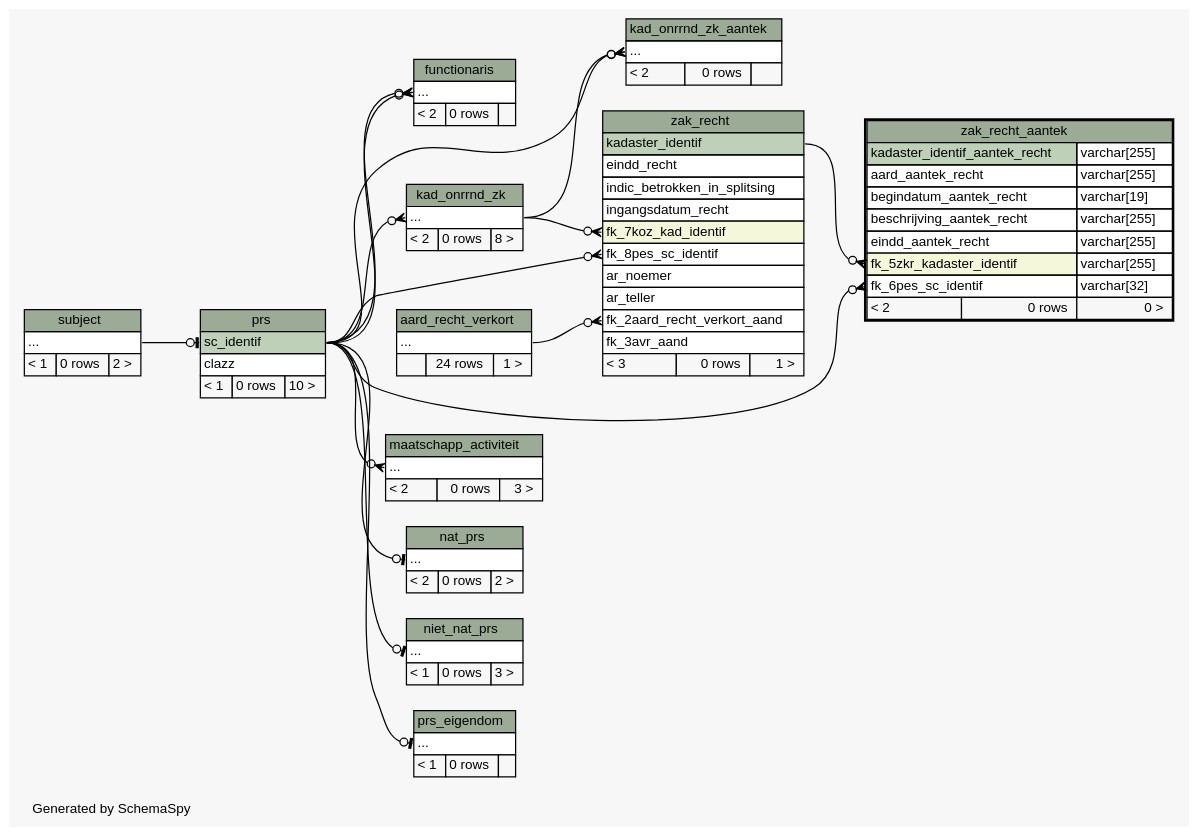
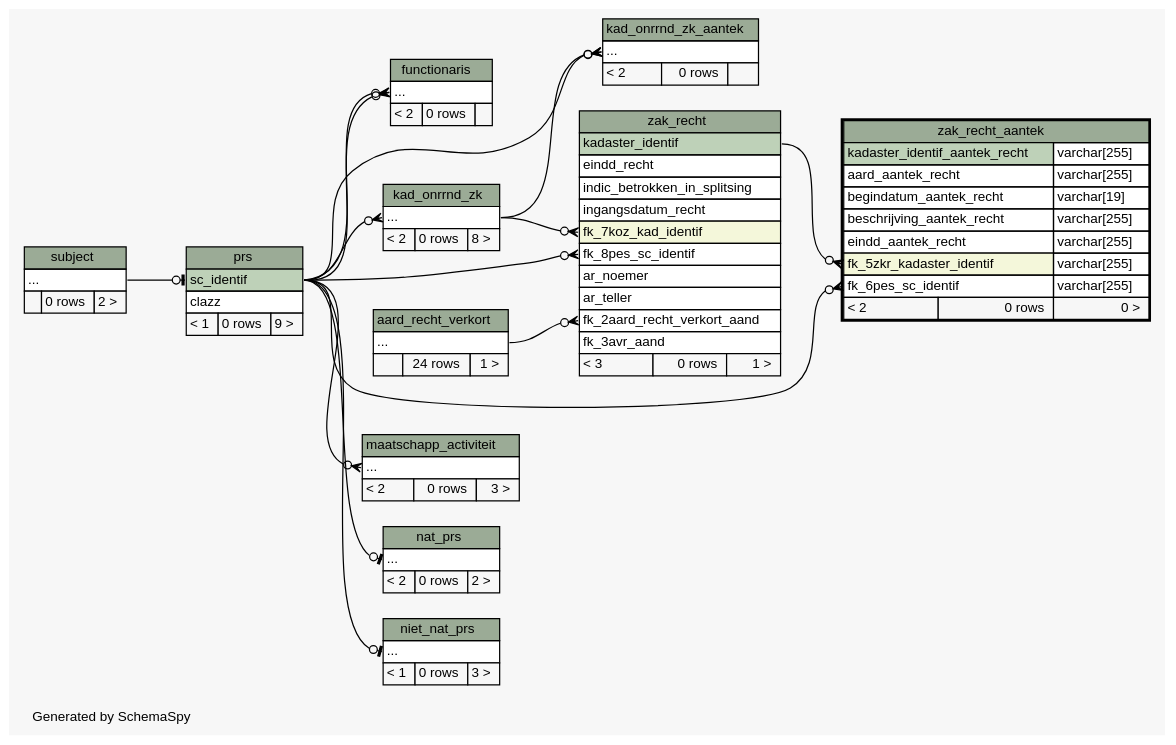
Before and after one commit to B3Partners/brmo: the diagram in datamodel/schemaspy/diagrams/zak_recht_aantek.2degrees.dot, drawn with Graphviz. The commit also changed 3409 other files, not shown here.

```diff
--- a/datamodel/schemaspy/diagrams/zak_recht_aantek.2degrees.dot
+++ b/datamodel/schemaspy/diagrams/zak_recht_aantek.2degrees.dot
@@ -1,173 +1,162 @@
 // dot 2.40.1 on Linux 4.15.0-36-generic
 // SchemaSpy rev Unknown
 digraph "twoDegreesRelationshipsDiagram" {
   graph [
     rankdir="RL"
     bgcolor="#f7f7f7"
     label="\nGenerated by SchemaSpy"
     labeljust="l"
     nodesep="0.18"
     ranksep="0.46"
     fontname="Helvetica"
     fontsize="11"
   ];
   node [
     fontname="Helvetica"
     fontsize="11"
     shape="plaintext"
   ];
   edge [
     arrowsize="0.8"
   ];
   "functionaris":"elipses":w -> "prs":"sc_identif":e [arrowhead=none dir=back arrowtail=crowodot];
   "functionaris":"elipses":w -> "prs":"sc_identif":e [arrowhead=none dir=back arrowtail=crowodot];
   "kad_onrrnd_zk":"elipses":w -> "prs":"sc_identif":e [arrowhead=none dir=back arrowtail=crowodot];
   "kad_onrrnd_zk_aantek":"elipses":w -> "kad_onrrnd_zk":"elipses":e [arrowhead=none dir=back arrowtail=crowodot];
   "kad_onrrnd_zk_aantek":"elipses":w -> "prs":"sc_identif":e [arrowhead=none dir=back arrowtail=crowodot];
   "maatschapp_activiteit":"elipses":w -> "prs":"sc_identif":e [arrowhead=none dir=back arrowtail=crowodot];
   "nat_prs":"elipses":w -> "prs":"sc_identif":e [arrowhead=none dir=back arrowtail=teeodot];
   "niet_nat_prs":"elipses":w -> "prs":"sc_identif":e [arrowhead=none dir=back arrowtail=teeodot];
   "prs":"sc_identif":w -> "subject":"elipses":e [arrowhead=none dir=back arrowtail=teeodot];
-  "prs_eigendom":"elipses":w -> "prs":"sc_identif":e [arrowhead=none dir=back arrowtail=teeodot];
   "zak_recht":"fk_2aard_recht_verkort_aand":w -> "aard_recht_verkort":"elipses":e [arrowhead=none dir=back arrowtail=crowodot];
   "zak_recht":"fk_7koz_kad_identif":w -> "kad_onrrnd_zk":"elipses":e [arrowhead=none dir=back arrowtail=crowodot];
   "zak_recht":"fk_8pes_sc_identif":w -> "prs":"sc_identif":e [arrowhead=none dir=back arrowtail=crowodot];
   "zak_recht_aantek":"fk_5zkr_kadaster_identif":w -> "zak_recht":"kadaster_identif":e [arrowhead=none dir=back arrowtail=crowodot];
   "zak_recht_aantek":"fk_6pes_sc_identif":w -> "prs":"sc_identif":e [arrowhead=none dir=back arrowtail=crowodot];
   "aard_recht_verkort" [
     label=<
     <TABLE BORDER="0" CELLBORDER="1" CELLSPACING="0" BGCOLOR="#ffffff">
       <TR><TD COLSPAN="3" BGCOLOR="#9bab96" ALIGN="CENTER">aard_recht_verkort</TD></TR>
       <TR><TD PORT="elipses" COLSPAN="3" ALIGN="LEFT">...</TD></TR>
       <TR><TD ALIGN="LEFT" BGCOLOR="#f7f7f7">  </TD><TD ALIGN="RIGHT" BGCOLOR="#f7f7f7">24 rows</TD><TD ALIGN="RIGHT" BGCOLOR="#f7f7f7">1 &gt;</TD></TR>
     </TABLE>>
     URL="aard_recht_verkort.html"
     tooltip="aard_recht_verkort"
   ];
   "functionaris" [
     label=<
     <TABLE BORDER="0" CELLBORDER="1" CELLSPACING="0" BGCOLOR="#ffffff">
       <TR><TD COLSPAN="3" BGCOLOR="#9bab96" ALIGN="CENTER">functionaris</TD></TR>
       <TR><TD PORT="elipses" COLSPAN="3" ALIGN="LEFT">...</TD></TR>
       <TR><TD ALIGN="LEFT" BGCOLOR="#f7f7f7">&lt; 2</TD><TD ALIGN="RIGHT" BGCOLOR="#f7f7f7">0 rows</TD><TD ALIGN="RIGHT" BGCOLOR="#f7f7f7">  </TD></TR>
     </TABLE>>
     URL="functionaris.html"
     tooltip="functionaris"
   ];
   "kad_onrrnd_zk" [
     label=<
     <TABLE BORDER="0" CELLBORDER="1" CELLSPACING="0" BGCOLOR="#ffffff">
       <TR><TD COLSPAN="3" BGCOLOR="#9bab96" ALIGN="CENTER">kad_onrrnd_zk</TD></TR>
       <TR><TD PORT="elipses" COLSPAN="3" ALIGN="LEFT">...</TD></TR>
       <TR><TD ALIGN="LEFT" BGCOLOR="#f7f7f7">&lt; 2</TD><TD ALIGN="RIGHT" BGCOLOR="#f7f7f7">0 rows</TD><TD ALIGN="RIGHT" BGCOLOR="#f7f7f7">8 &gt;</TD></TR>
     </TABLE>>
     URL="kad_onrrnd_zk.html"
     tooltip="kad_onrrnd_zk"
   ];
   "kad_onrrnd_zk_aantek" [
     label=<
     <TABLE BORDER="0" CELLBORDER="1" CELLSPACING="0" BGCOLOR="#ffffff">
       <TR><TD COLSPAN="3" BGCOLOR="#9bab96" ALIGN="CENTER">kad_onrrnd_zk_aantek</TD></TR>
       <TR><TD PORT="elipses" COLSPAN="3" ALIGN="LEFT">...</TD></TR>
       <TR><TD ALIGN="LEFT" BGCOLOR="#f7f7f7">&lt; 2</TD><TD ALIGN="RIGHT" BGCOLOR="#f7f7f7">0 rows</TD><TD ALIGN="RIGHT" BGCOLOR="#f7f7f7">  </TD></TR>
     </TABLE>>
     URL="kad_onrrnd_zk_aantek.html"
     tooltip="kad_onrrnd_zk_aantek"
   ];
   "maatschapp_activiteit" [
     label=<
     <TABLE BORDER="0" CELLBORDER="1" CELLSPACING="0" BGCOLOR="#ffffff">
       <TR><TD COLSPAN="3" BGCOLOR="#9bab96" ALIGN="CENTER">maatschapp_activiteit</TD></TR>
       <TR><TD PORT="elipses" COLSPAN="3" ALIGN="LEFT">...</TD></TR>
       <TR><TD ALIGN="LEFT" BGCOLOR="#f7f7f7">&lt; 2</TD><TD ALIGN="RIGHT" BGCOLOR="#f7f7f7">0 rows</TD><TD ALIGN="RIGHT" BGCOLOR="#f7f7f7">3 &gt;</TD></TR>
     </TABLE>>
     URL="maatschapp_activiteit.html"
     tooltip="maatschapp_activiteit"
   ];
   "nat_prs" [
     label=<
     <TABLE BORDER="0" CELLBORDER="1" CELLSPACING="0" BGCOLOR="#ffffff">
       <TR><TD COLSPAN="3" BGCOLOR="#9bab96" ALIGN="CENTER">nat_prs</TD></TR>
       <TR><TD PORT="elipses" COLSPAN="3" ALIGN="LEFT">...</TD></TR>
       <TR><TD ALIGN="LEFT" BGCOLOR="#f7f7f7">&lt; 2</TD><TD ALIGN="RIGHT" BGCOLOR="#f7f7f7">0 rows</TD><TD ALIGN="RIGHT" BGCOLOR="#f7f7f7">2 &gt;</TD></TR>
     </TABLE>>
     URL="nat_prs.html"
     tooltip="nat_prs"
   ];
   "niet_nat_prs" [
     label=<
     <TABLE BORDER="0" CELLBORDER="1" CELLSPACING="0" BGCOLOR="#ffffff">
       <TR><TD COLSPAN="3" BGCOLOR="#9bab96" ALIGN="CENTER">niet_nat_prs</TD></TR>
       <TR><TD PORT="elipses" COLSPAN="3" ALIGN="LEFT">...</TD></TR>
       <TR><TD ALIGN="LEFT" BGCOLOR="#f7f7f7">&lt; 1</TD><TD ALIGN="RIGHT" BGCOLOR="#f7f7f7">0 rows</TD><TD ALIGN="RIGHT" BGCOLOR="#f7f7f7">3 &gt;</TD></TR>
     </TABLE>>
     URL="niet_nat_prs.html"
     tooltip="niet_nat_prs"
   ];
   "prs" [
     label=<
     <TABLE BORDER="0" CELLBORDER="1" CELLSPACING="0" BGCOLOR="#ffffff">
       <TR><TD COLSPAN="3" BGCOLOR="#9bab96" ALIGN="CENTER">prs</TD></TR>
       <TR><TD PORT="sc_identif" COLSPAN="3" BGCOLOR="#bed1b8" ALIGN="LEFT">sc_identif</TD></TR>
       <TR><TD PORT="clazz" COLSPAN="3" ALIGN="LEFT">clazz</TD></TR>
-      <TR><TD ALIGN="LEFT" BGCOLOR="#f7f7f7">&lt; 1</TD><TD ALIGN="RIGHT" BGCOLOR="#f7f7f7">0 rows</TD><TD ALIGN="RIGHT" BGCOLOR="#f7f7f7">10 &gt;</TD></TR>
+      <TR><TD ALIGN="LEFT" BGCOLOR="#f7f7f7">&lt; 1</TD><TD ALIGN="RIGHT" BGCOLOR="#f7f7f7">0 rows</TD><TD ALIGN="RIGHT" BGCOLOR="#f7f7f7">9 &gt;</TD></TR>
     </TABLE>>
     URL="prs.html"
     tooltip="prs"
-  ];
-  "prs_eigendom" [
-    label=<
-    <TABLE BORDER="0" CELLBORDER="1" CELLSPACING="0" BGCOLOR="#ffffff">
-      <TR><TD COLSPAN="3" BGCOLOR="#9bab96" ALIGN="CENTER">prs_eigendom</TD></TR>
-      <TR><TD PORT="elipses" COLSPAN="3" ALIGN="LEFT">...</TD></TR>
-      <TR><TD ALIGN="LEFT" BGCOLOR="#f7f7f7">&lt; 1</TD><TD ALIGN="RIGHT" BGCOLOR="#f7f7f7">0 rows</TD><TD ALIGN="RIGHT" BGCOLOR="#f7f7f7">  </TD></TR>
-    </TABLE>>
-    URL="prs_eigendom.html"
-    tooltip="prs_eigendom"
   ];
   "subject" [
     label=<
     <TABLE BORDER="0" CELLBORDER="1" CELLSPACING="0" BGCOLOR="#ffffff">
       <TR><TD COLSPAN="3" BGCOLOR="#9bab96" ALIGN="CENTER">subject</TD></TR>
       <TR><TD PORT="elipses" COLSPAN="3" ALIGN="LEFT">...</TD></TR>
-      <TR><TD ALIGN="LEFT" BGCOLOR="#f7f7f7">&lt; 1</TD><TD ALIGN="RIGHT" BGCOLOR="#f7f7f7">0 rows</TD><TD ALIGN="RIGHT" BGCOLOR="#f7f7f7">2 &gt;</TD></TR>
+      <TR><TD ALIGN="LEFT" BGCOLOR="#f7f7f7">  </TD><TD ALIGN="RIGHT" BGCOLOR="#f7f7f7">0 rows</TD><TD ALIGN="RIGHT" BGCOLOR="#f7f7f7">2 &gt;</TD></TR>
     </TABLE>>
     URL="subject.html"
     tooltip="subject"
   ];
   "zak_recht" [
     label=<
     <TABLE BORDER="0" CELLBORDER="1" CELLSPACING="0" BGCOLOR="#ffffff">
       <TR><TD COLSPAN="3" BGCOLOR="#9bab96" ALIGN="CENTER">zak_recht</TD></TR>
       <TR><TD PORT="kadaster_identif" COLSPAN="3" BGCOLOR="#bed1b8" ALIGN="LEFT">kadaster_identif</TD></TR>
       <TR><TD PORT="eindd_recht" COLSPAN="3" ALIGN="LEFT">eindd_recht</TD></TR>
       <TR><TD PORT="indic_betrokken_in_splitsing" COLSPAN="3" ALIGN="LEFT">indic_betrokken_in_splitsing</TD></TR>
       <TR><TD PORT="ingangsdatum_recht" COLSPAN="3" ALIGN="LEFT">ingangsdatum_recht</TD></TR>
       <TR><TD PORT="fk_7koz_kad_identif" COLSPAN="3" BGCOLOR="#f4f7da" ALIGN="LEFT">fk_7koz_kad_identif</TD></TR>
       <TR><TD PORT="fk_8pes_sc_identif" COLSPAN="3" ALIGN="LEFT">fk_8pes_sc_identif</TD></TR>
       <TR><TD PORT="ar_noemer" COLSPAN="3" ALIGN="LEFT">ar_noemer</TD></TR>
       <TR><TD PORT="ar_teller" COLSPAN="3" ALIGN="LEFT">ar_teller</TD></TR>
       <TR><TD PORT="fk_2aard_recht_verkort_aand" COLSPAN="3" ALIGN="LEFT">fk_2aard_recht_verkort_aand</TD></TR>
       <TR><TD PORT="fk_3avr_aand" COLSPAN="3" ALIGN="LEFT">fk_3avr_aand</TD></TR>
       <TR><TD ALIGN="LEFT" BGCOLOR="#f7f7f7">&lt; 3</TD><TD ALIGN="RIGHT" BGCOLOR="#f7f7f7">0 rows</TD><TD ALIGN="RIGHT" BGCOLOR="#f7f7f7">1 &gt;</TD></TR>
     </TABLE>>
     URL="zak_recht.html"
     tooltip="zak_recht"
   ];
   "zak_recht_aantek" [
     label=<
     <TABLE BORDER="2" CELLBORDER="1" CELLSPACING="0" BGCOLOR="#ffffff">
       <TR><TD COLSPAN="3" BGCOLOR="#9bab96" ALIGN="CENTER">zak_recht_aantek</TD></TR>
       <TR><TD PORT="kadaster_identif_aantek_recht" COLSPAN="2" BGCOLOR="#bed1b8" ALIGN="LEFT">kadaster_identif_aantek_recht</TD><TD PORT="kadaster_identif_aantek_recht.type" ALIGN="LEFT">varchar[255]</TD></TR>
       <TR><TD PORT="aard_aantek_recht" COLSPAN="2" ALIGN="LEFT">aard_aantek_recht</TD><TD PORT="aard_aantek_recht.type" ALIGN="LEFT">varchar[255]</TD></TR>
       <TR><TD PORT="begindatum_aantek_recht" COLSPAN="2" ALIGN="LEFT">begindatum_aantek_recht</TD><TD PORT="begindatum_aantek_recht.type" ALIGN="LEFT">varchar[19]</TD></TR>
       <TR><TD PORT="beschrijving_aantek_recht" COLSPAN="2" ALIGN="LEFT">beschrijving_aantek_recht</TD><TD PORT="beschrijving_aantek_recht.type" ALIGN="LEFT">varchar[255]</TD></TR>
       <TR><TD PORT="eindd_aantek_recht" COLSPAN="2" ALIGN="LEFT">eindd_aantek_recht</TD><TD PORT="eindd_aantek_recht.type" ALIGN="LEFT">varchar[255]</TD></TR>
       <TR><TD PORT="fk_5zkr_kadaster_identif" COLSPAN="2" BGCOLOR="#f4f7da" ALIGN="LEFT">fk_5zkr_kadaster_identif</TD><TD PORT="fk_5zkr_kadaster_identif.type" ALIGN="LEFT">varchar[255]</TD></TR>
-      <TR><TD PORT="fk_6pes_sc_identif" COLSPAN="2" ALIGN="LEFT">fk_6pes_sc_identif</TD><TD PORT="fk_6pes_sc_identif.type" ALIGN="LEFT">varchar[32]</TD></TR>
+      <TR><TD PORT="fk_6pes_sc_identif" COLSPAN="2" ALIGN="LEFT">fk_6pes_sc_identif</TD><TD PORT="fk_6pes_sc_identif.type" ALIGN="LEFT">varchar[255]</TD></TR>
       <TR><TD ALIGN="LEFT" BGCOLOR="#f7f7f7">&lt; 2</TD><TD ALIGN="RIGHT" BGCOLOR="#f7f7f7">0 rows</TD><TD ALIGN="RIGHT" BGCOLOR="#f7f7f7">0 &gt;</TD></TR>
     </TABLE>>
     URL="zak_recht_aantek.html"
     tooltip="zak_recht_aantek"
   ];
 }
```
